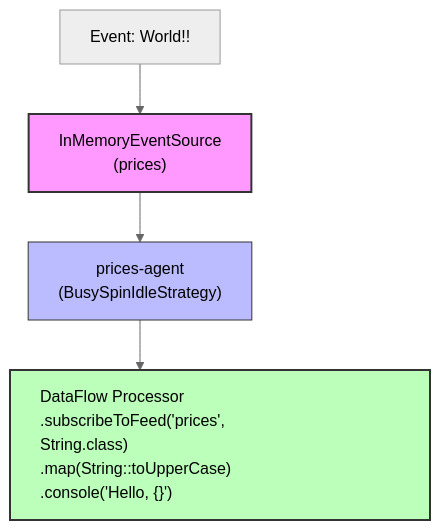
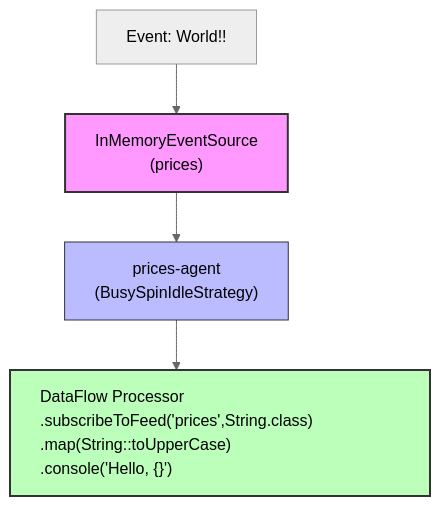
One commit to telaminai/mongoose-examples changed the diagram in gettting-started/stream-programming-tutorial/README.md. Above: the diagram before and after it, drawn with Mermaid (neutral theme).

Commit message:
Fixed formatting in `StreamProgrammingTutorial` README for better readability.

````diff
--- a/gettting-started/stream-programming-tutorial/README.md
+++ b/gettting-started/stream-programming-tutorial/README.md
@@ -25,29 +25,29 @@
 ```mermaid
 flowchart TD
     %% Event Source
     prices["InMemoryEventSource<br>(prices)"]
 
     %% Agent
     pricesAgent["prices-agent<br>(BusySpinIdleStrategy)"]
 
     %% DataFlow Processor
-    df["DataFlow Processor<br>.subscribeToFeed('prices', String.class)<br>.map(String::toUpperCase)<br>.console('Hello, {}')"]
+    df["DataFlow Processor<br>.subscribeToFeed('prices',String.class)<br>.map(String::toUpperCase)<br>.console('Hello, {}')"]
 
     %% Connections
     prices --> pricesAgent
     pricesAgent --> df
 
     %% Example event
     ev1["Event: World!!"] --> prices
 
     %% Styling
     classDef source fill:#f9f,stroke:#333,stroke-width:2px
     classDef agent fill:#bbf,stroke:#333,stroke-width:1px
     classDef handler fill:#bfb,stroke:#333,stroke-width:2px
     class prices source
     class pricesAgent agent
     class df handler
 
     %% Force wider DataFlow Processor box
     style df width:420px, text-align:left
 ```
````
